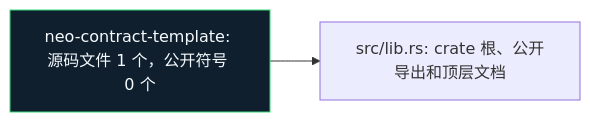
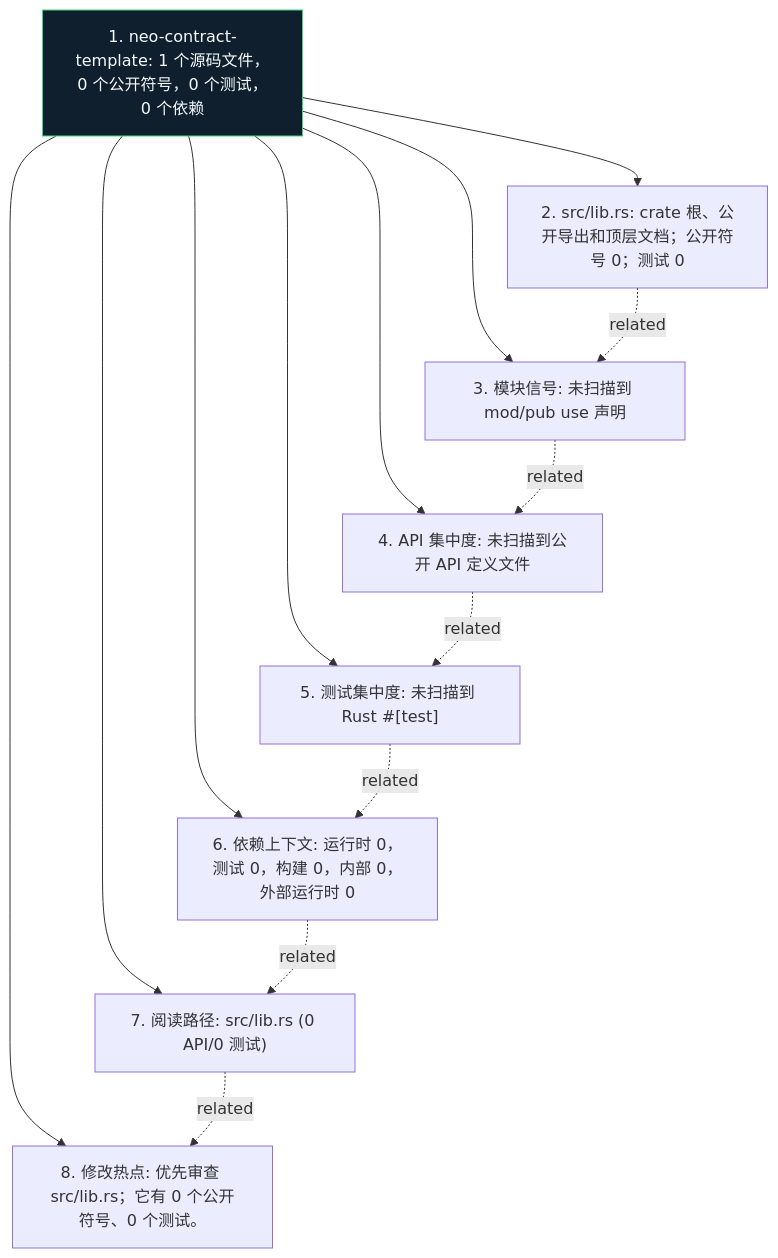
One commit to r3e-network/neo-riscv-vm changed the diagram in templates/contract/docs/figures/module-map.zh.mmd. Above: the diagram before and after it, drawn with Mermaid. The commit also changed 571 other files, not shown here.

Commit message:
Deepen crate diagrams with source-aware atlas

```diff
--- a/templates/contract/docs/figures/module-map.zh.mmd
+++ b/templates/contract/docs/figures/module-map.zh.mmd
@@ -1,6 +1,24 @@
-flowchart LR
-    N1["neo-contract-template: 源码文件 1 个，公开符号 0 个"]
-    N2["src/lib.rs: crate 根、公开导出和顶层文档"]
+flowchart TB
+    N1["1. neo-contract-template: 1 个源码文件，0 个公开符号，0 个测试，0 个依赖"]
+    N2["2. src/lib.rs: crate 根、公开导出和顶层文档；公开符号 0；测试 0"]
+    N3["3. 模块信号: 未扫描到 mod/pub use 声明"]
+    N4["4. API 集中度: 未扫描到公开 API 定义文件"]
+    N5["5. 测试集中度: 未扫描到 Rust #[test]"]
+    N6["6. 依赖上下文: 运行时 0，测试 0，构建 0，内部 0，外部运行时 0"]
+    N7["7. 阅读路径: src/lib.rs (0 API/0 测试)"]
+    N8["8. 修改热点: 优先审查 src/lib.rs；它有 0 个公开符号、0 个测试。"]
     N1 --> N2
+    N1 --> N3
+    N1 --> N4
+    N1 --> N5
+    N1 --> N6
+    N1 --> N7
+    N1 --> N8
+    N2 -. related .-> N3
+    N3 -. related .-> N4
+    N4 -. related .-> N5
+    N5 -. related .-> N6
+    N6 -. related .-> N7
+    N7 -. related .-> N8
     classDef crate fill:#101f2d,stroke:#38d978,color:#f6fbff
     class N1 crate
```
